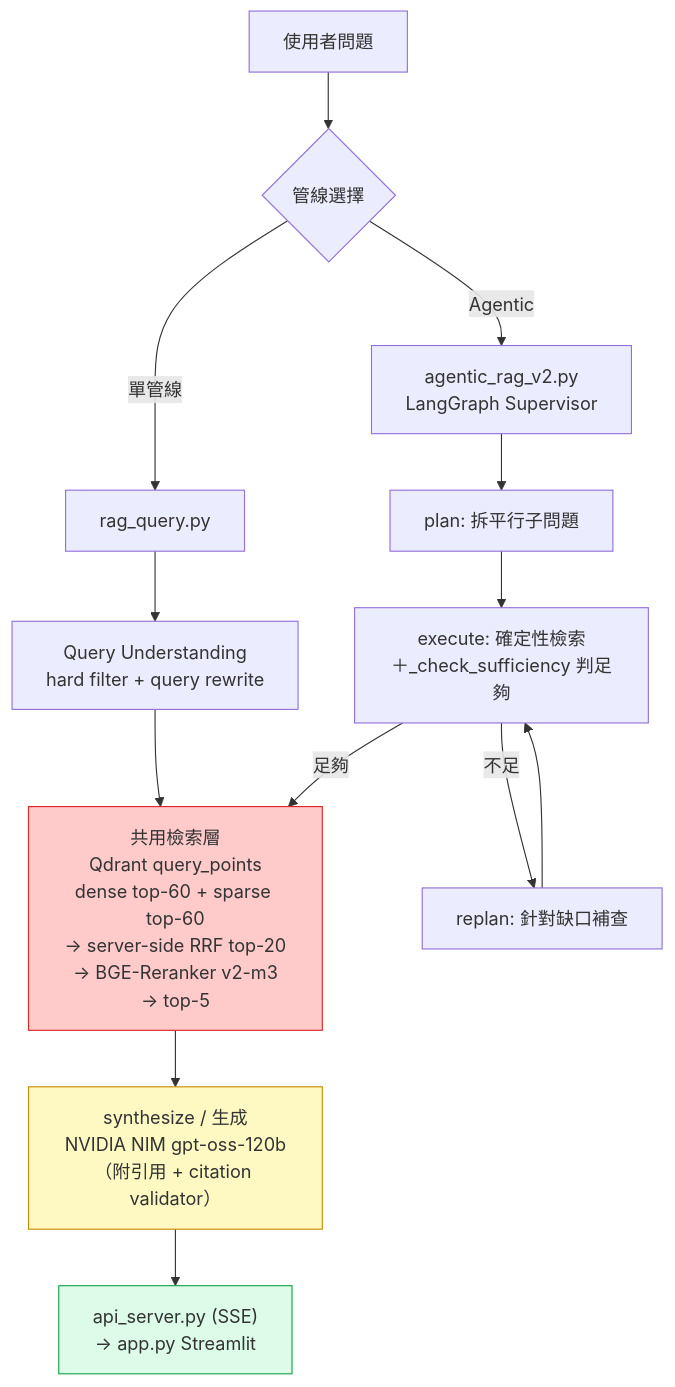
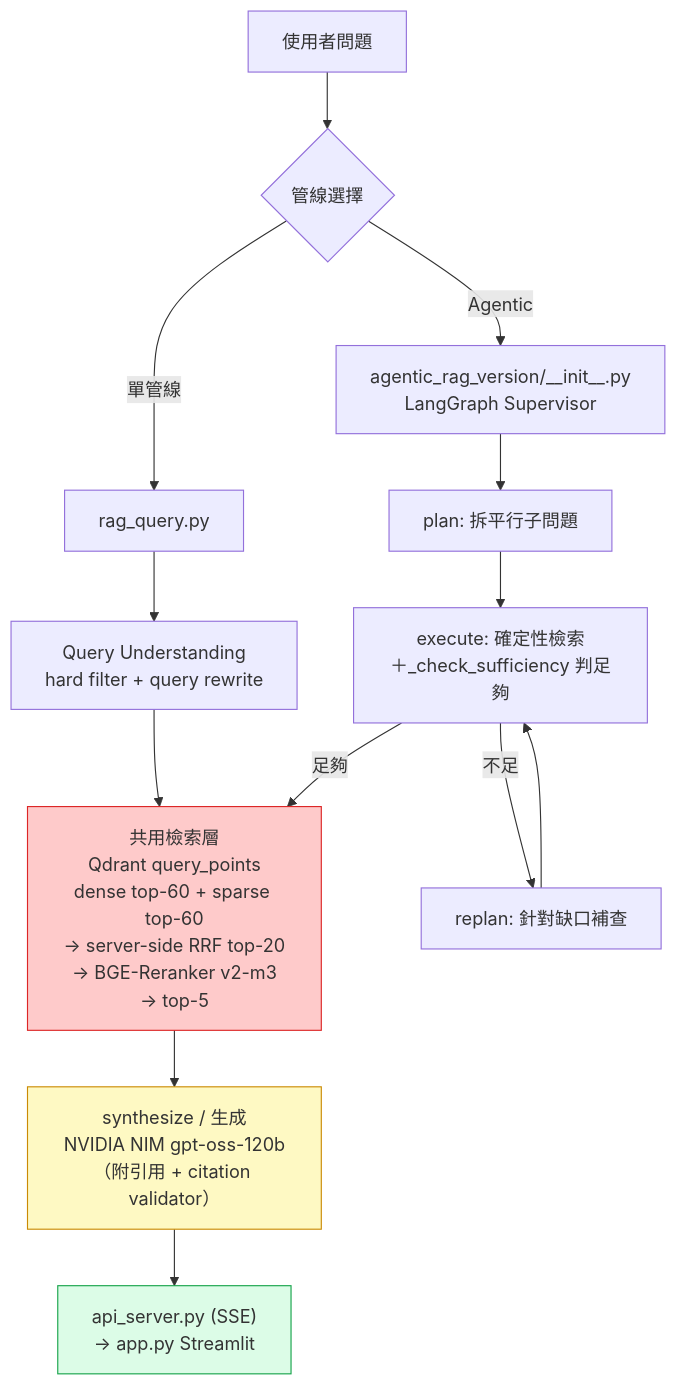
The second of 2 diagrams in README.md (Allen900913/Agentic_RAG), drawn with Mermaid before and after one commit. The commit also changed other lines of this file and 25 other files, not shown here.

First line of the commit message:
重構①／N：agentic_rag_v2.py 整個搬進 agentic_rag_version 套件（零語意變更）

````diff
--- a/README.md
+++ b/README.md
@@ -74,24 +74,24 @@
 ```mermaid
 graph TB
     Q["使用者問題"] --> R{"管線選擇"}
 
     R -->|單管線| S1["rag_query.py"]
     S1 --> S2["Query Understanding<br/>hard filter + query rewrite"]
     S2 --> RET
 
-    R -->|Agentic| A1["agentic_rag_v2.py<br/>LangGraph Supervisor"]
+    R -->|Agentic| A1["agentic_rag_version/__init__.py<br/>LangGraph Supervisor"]
     A1 --> A2["plan: 拆平行子問題"]
     A2 --> A3["execute: 確定性檢索<br/>＋_check_sufficiency 判足夠"]
     A3 -->|不足| A4["replan: 針對缺口補查"]
     A4 --> A3
     A3 -->|足夠| RET
 
     RET["共用檢索層<br/>Qdrant query_points<br/>dense top-60 + sparse top-60<br/>→ server-side RRF top-20<br/>→ BGE-Reranker v2-m3<br/>→ top-5"]
 
     RET --> G1["synthesize / 生成<br/>NVIDIA NIM gpt-oss-120b<br/>（附引用 + citation validator）"]
     G1 --> H["api_server.py (SSE)<br/>→ app.py Streamlit"]
 
     style RET fill:#fecaca,stroke:#dc2626
     style G1 fill:#fef9c3,stroke:#ca8a04
     style H fill:#dcfce7,stroke:#16a34a
 ```
````
